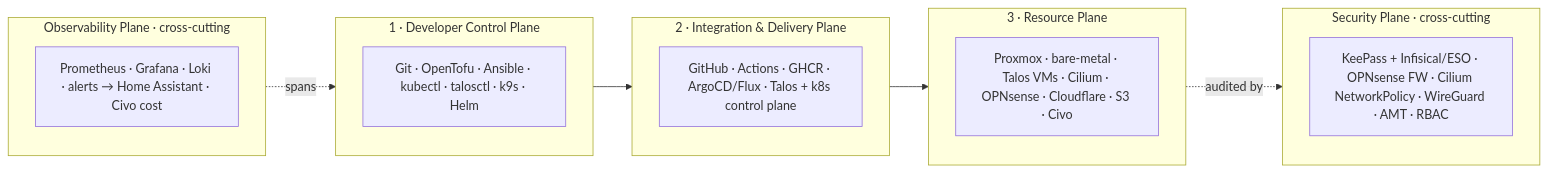
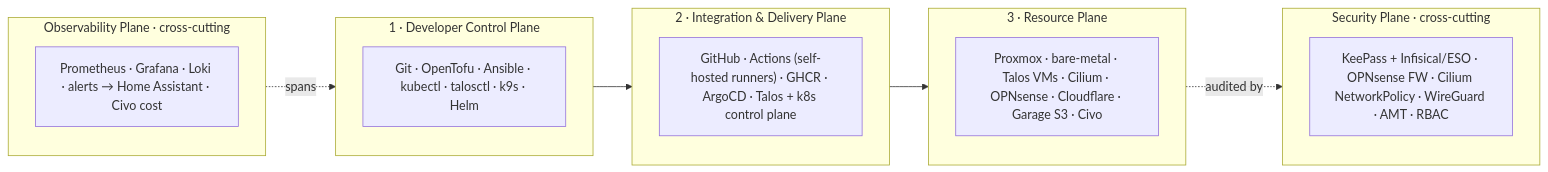
Before and after one commit to teststuffstash/homelab: the first of 6 diagrams in ARCHITECTURE.md, drawn with Mermaid. The commit also changed other lines of this file and 33 other files, not shown here.

````diff
--- a/ARCHITECTURE.md
+++ b/ARCHITECTURE.md
@@ -14,21 +14,21 @@
 ```mermaid
 flowchart LR
     subgraph OBS["Observability Plane · cross-cutting"]
         O["Prometheus · Grafana · Loki · alerts → Home Assistant · Civo cost"]
     end
     subgraph DEV["1 · Developer Control Plane"]
         D["Git · OpenTofu · Ansible · kubectl · talosctl · k9s · Helm"]
     end
     subgraph DEL["2 · Integration & Delivery Plane"]
-        I["GitHub · Actions · GHCR · ArgoCD/Flux · Talos + k8s control plane"]
+        I["GitHub · Actions (self-hosted runners) · GHCR · ArgoCD · Talos + k8s control plane"]
     end
     subgraph RES["3 · Resource Plane"]
-        R["Proxmox · bare-metal · Talos VMs · Cilium · OPNsense · Cloudflare · S3 · Civo"]
+        R["Proxmox · bare-metal · Talos VMs · Cilium · OPNsense · Cloudflare · Garage S3 · Civo"]
     end
     subgraph SEC["Security Plane · cross-cutting"]
         S["KeePass + Infisical/ESO · OPNsense FW · Cilium NetworkPolicy · WireGuard · AMT · RBAC"]
     end
     OBS -.spans.-> DEV
     DEV --> DEL --> RES
     RES -.audited by.-> SEC
 ```
````
